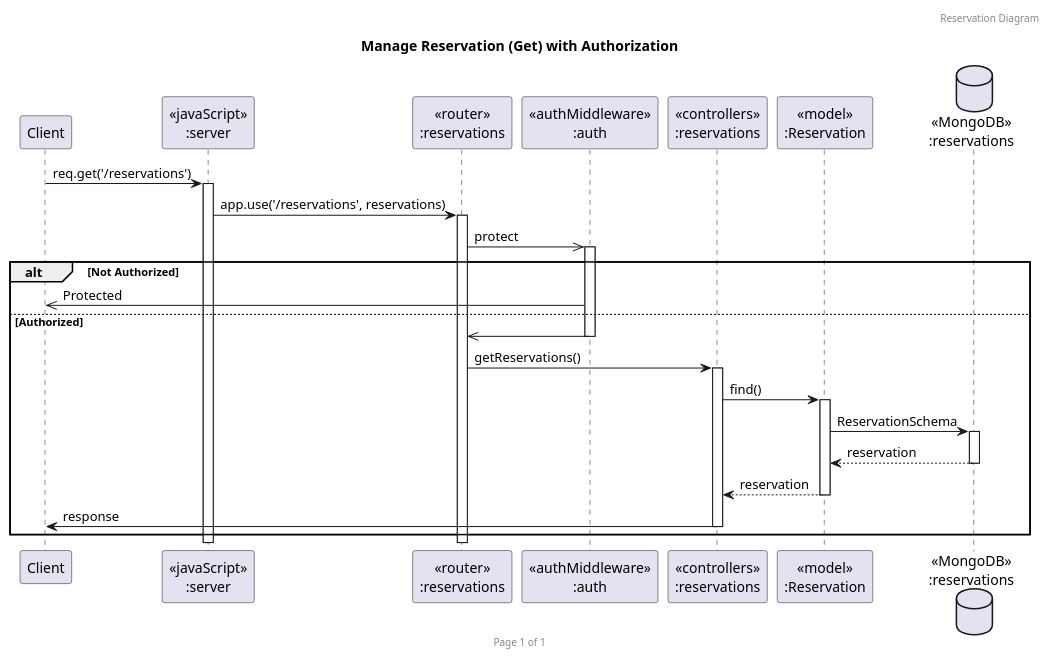
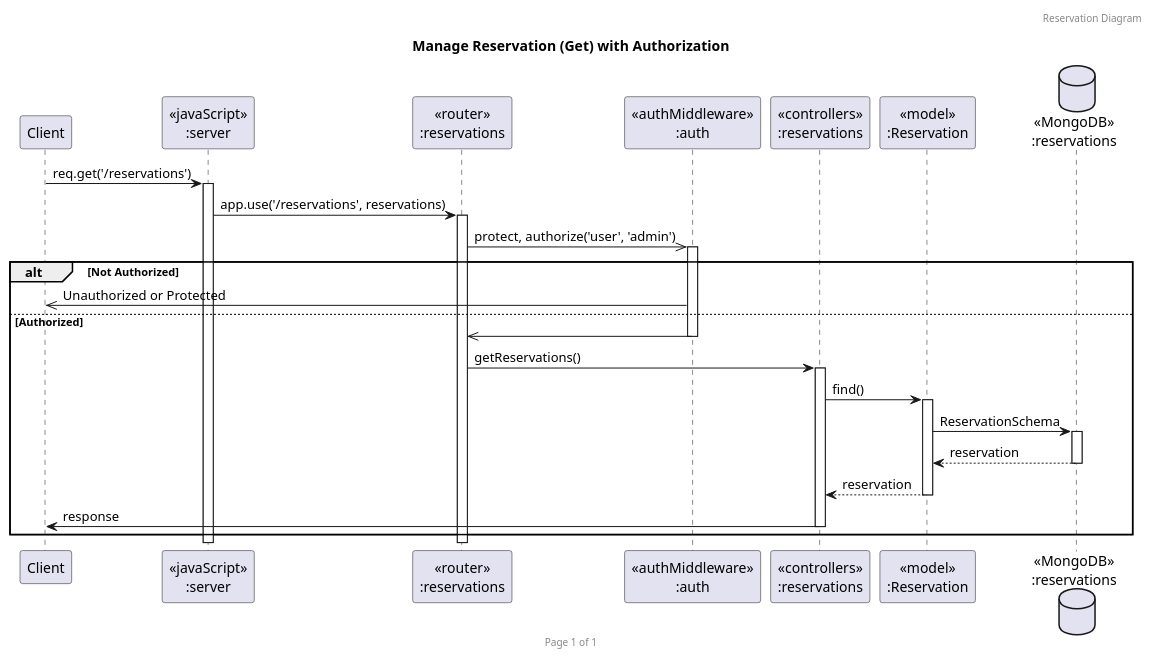
One commit to punchanabu/redrice-backend-express changed the diagram in docs/sequence/reservation/reservation(getall).puml. Above: the diagram before and after it, drawn with PlantUML. The commit also changed 4 other files, not shown here.

Commit message:
fix uml reservation

```diff
--- a/docs/sequence/reservation/reservation(getall).puml
+++ b/docs/sequence/reservation/reservation(getall).puml
@@ -1,32 +1,32 @@
 @startuml
 header Reservation Diagram
 footer Page %page% of %lastpage%
 title "Manage Reservation (Get) with Authorization"
 
 participant "Client" as client
 participant "<<javaScript>>\n:server" as server
 participant "<<router>>\n:reservations" as routerReservations
 participant "<<authMiddleware>>\n:auth" as authMiddleware
 participant "<<controllers>>\n:reservations" as controllersReservations
 participant "<<model>>\n:Reservation" as modelReservation
 database "<<MongoDB>>\n:reservations" as ReservationsDatabase
 
 client->server ++:req.get('/reservations')
 server->routerReservations ++:app.use('/reservations', reservations)
-routerReservations->>authMiddleware ++:protect
+routerReservations->>authMiddleware ++:protect, authorize('user', 'admin')
 
 alt Not Authorized
-    authMiddleware->>client :Protected
+    authMiddleware->>client :Unauthorized or Protected
 else Authorized
     authMiddleware->>routerReservations -- :
     routerReservations->controllersReservations ++:getReservations()
     controllersReservations->modelReservation ++:find()
     modelReservation ->ReservationsDatabase ++: ReservationSchema
     ReservationsDatabase --> modelReservation --: reservation
     controllersReservations <-- modelReservation --: reservation
     controllersReservations->client --:response
 end
 
 
 
 @enduml
```
